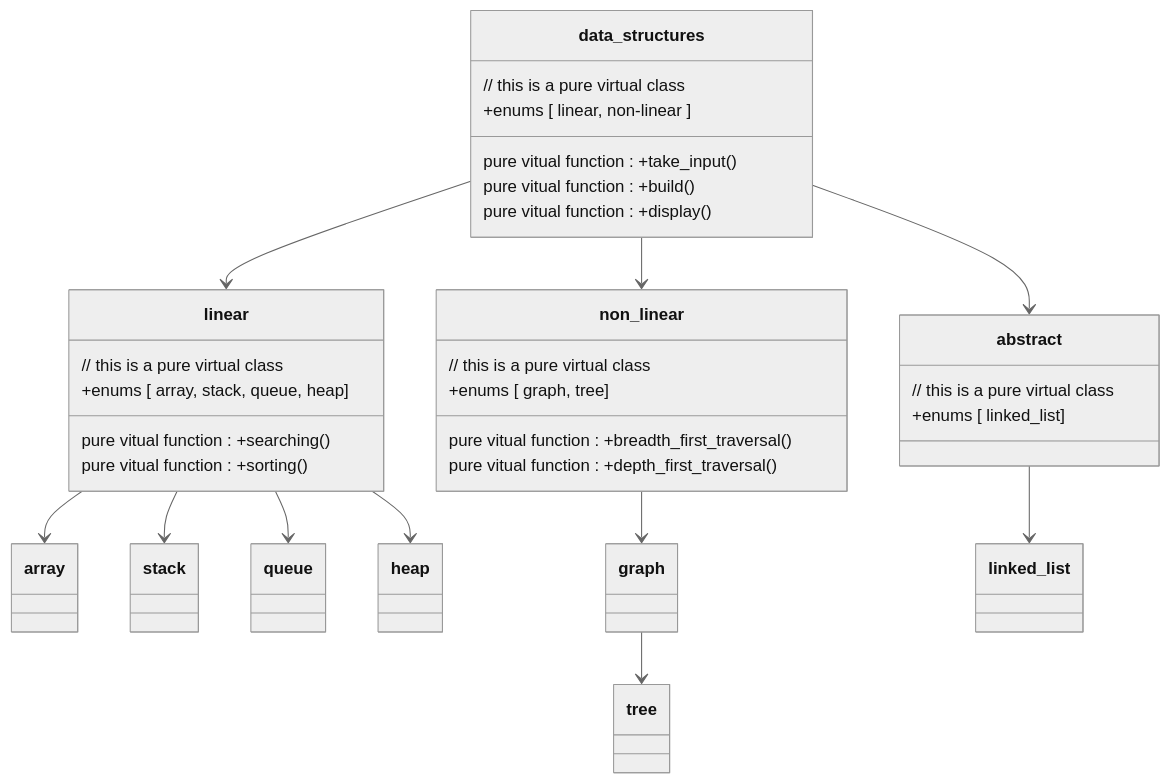
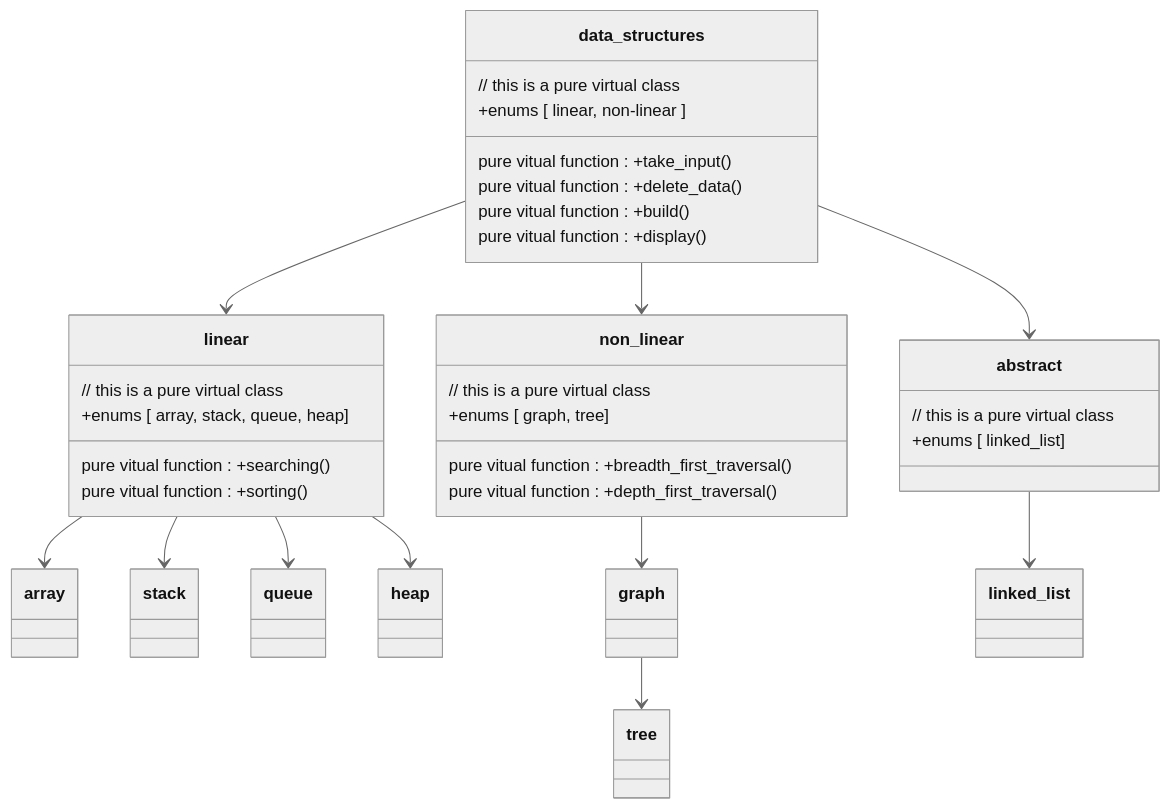
Before and after one commit to AveAng02/project-vizualization: the diagram in README.md, drawn with Mermaid (neutral theme).

````diff
--- a/README.md
+++ b/README.md
@@ -9,54 +9,55 @@
 ```mermaid
 
   classDiagram
 
     data_structures --> linear
     data_structures --> non_linear
     data_structures --> abstract
 
     linear --> array
     linear --> stack
     linear --> queue
     linear --> heap
 
     non_linear --> graph
     graph --> tree
     
     abstract --> linked_list
 
 class data_structures{
     // this is a pure virtual class
     +enums [ linear, non-linear ]
     
     
     pure vitual function : +take_input() 
+    pure vitual function : +delete_data() 
     pure vitual function : +build() 
     pure vitual function : +display()    
   }
   
 class linear{
   // this is a pure virtual class
   +enums [ array, stack, queue, heap]
 
   pure vitual function : +searching()
   pure vitual function : +sorting()
 }
 
 class non_linear{
   // this is a pure virtual class
   +enums [ graph, tree]
 
   pure vitual function : +breadth_first_traversal()
   pure vitual function : +depth_first_traversal()
 }
 
 class abstract{
 // this is a pure virtual class
 +enums [ linked_list]
 
 }
 
 
 
 
 ```
````
